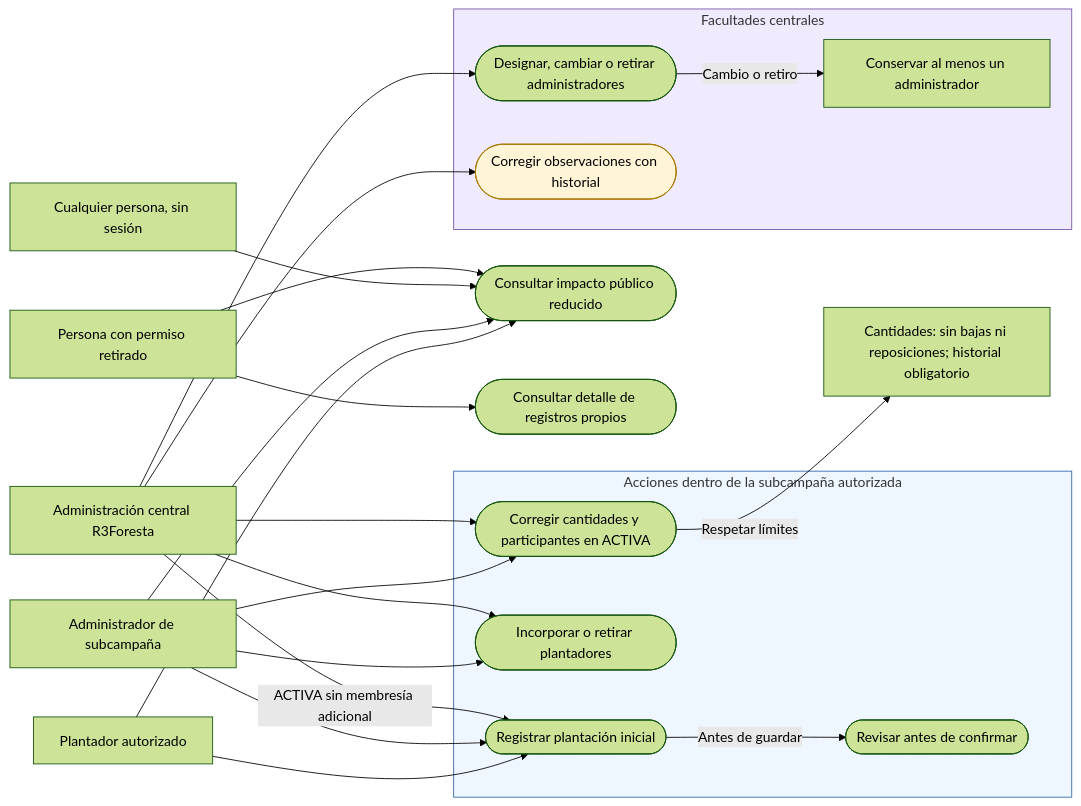
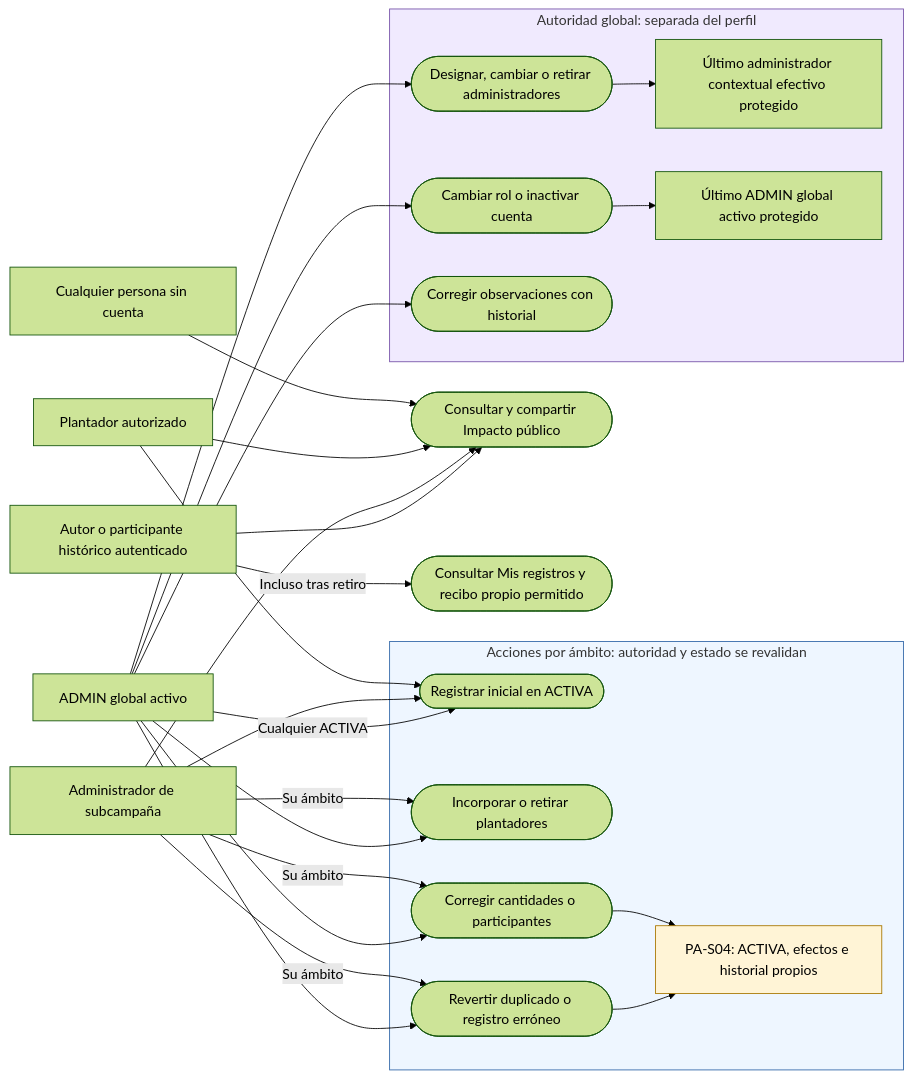
One commit to R3foresta/r3foresta-docs changed the diagram in specs/plantacion/participacion-aliada/diagramas/PA-D02-casos-uso.mmd. Above: the diagram before and after it, drawn with Mermaid (forest theme). The commit also changed 76 other files, not shown here.

```diff
--- a/specs/plantacion/participacion-aliada/diagramas/PA-D02-casos-uso.mmd
+++ b/specs/plantacion/participacion-aliada/diagramas/PA-D02-casos-uso.mmd
@@ -1,44 +1,48 @@
 flowchart LR
-  r3["Administración central R3Foresta"]
-  admin["Administrador de subcampaña"]
-  plant["Plantador autorizado"]
-  reader["Cualquier persona, sin sesión"]
-  former["Persona con permiso retirado"]
+  globalAdmin["ADMIN global activo"]
+  contextual["Administrador de subcampaña"]
+  planter["Plantador autorizado"]
+  visitor["Cualquier persona sin cuenta"]
+  historical["Autor o participante histórico autenticado"]
 
-  subgraph operations ["Acciones dentro de la subcampaña autorizada"]
-    register(["Registrar plantación inicial"])
-    review(["Revisar antes de confirmar"])
+  subgraph contextualActions ["Acciones por ámbito: autoridad y estado se revalidan"]
+    register(["Registrar inicial en ACTIVA"])
     manage(["Incorporar o retirar plantadores"])
-    inspect(["Corregir cantidades y participantes en ACTIVA"])
+    correct(["Corregir cantidades o participantes"])
+    reverse(["Revertir duplicado o registro erróneo"])
+    correctionLimits["PA-S04: ACTIVA, efectos e historial propios"]
   end
 
-  subgraph central ["Facultades centrales"]
-    assign(["Designar, cambiar o retirar administradores"])
-    protect["Conservar al menos un administrador"]
-    correct(["Corregir observaciones con historial"])
+  subgraph centralActions ["Autoridad global: separada del perfil"]
+    appoint(["Designar, cambiar o retirar administradores"])
+    contextualContinuity["Último administrador contextual efectivo protegido"]
+    authority(["Cambiar rol o inactivar cuenta"])
+    globalContinuity["Último ADMIN global activo protegido"]
+    observations(["Corregir observaciones con historial"])
   end
 
-  map(["Consultar impacto público reducido"])
-  limits["Cantidades: sin bajas ni reposiciones; historial obligatorio"]
-  own(["Consultar detalle de registros propios"])
+  publicImpact(["Consultar y compartir Impacto público"])
+  own(["Consultar Mis registros y recibo propio permitido"])
 
-  plant --> register
-  admin --> register
-  r3 -->|"ACTIVA sin membresía adicional"| register
-  register -->|"Antes de guardar"| review
-  admin --> manage
-  r3 --> manage
-  admin --> inspect
-  r3 --> inspect
-  inspect -->|"Respetar límites"| limits
-  r3 --> correct
-  r3 --> assign
-  assign -->|"Cambio o retiro"| protect
-  plant --> map
-  admin --> map
-  reader --> map
-  former --> map
-  former --> own
-  style operations fill:#EEF6FF,stroke:#3267A8
-  style central fill:#F0EAFE,stroke:#7652A8
-  style correct fill:#FFF4D6,stroke:#A87700
+  planter --> register
+  contextual --> register
+  globalAdmin -->|"Cualquier ACTIVA"| register
+  contextual -->|"Su ámbito"| manage
+  globalAdmin --> manage
+  contextual -->|"Su ámbito"| correct
+  globalAdmin --> correct
+  contextual -->|"Su ámbito"| reverse
+  globalAdmin --> reverse
+  correct --> correctionLimits
+  reverse --> correctionLimits
+  globalAdmin --> appoint --> contextualContinuity
+  globalAdmin --> authority --> globalContinuity
+  globalAdmin --> observations
+  visitor --> publicImpact
+  planter --> publicImpact
+  contextual --> publicImpact
+  historical -->|"Incluso tras retiro"| own
+  historical --> publicImpact
+  style contextualActions fill:#EEF6FF,stroke:#3267A8
+  style centralActions fill:#F0EAFE,stroke:#7652A8
+  style correctionLimits fill:#FFF4D6,stroke:#A87700
```
